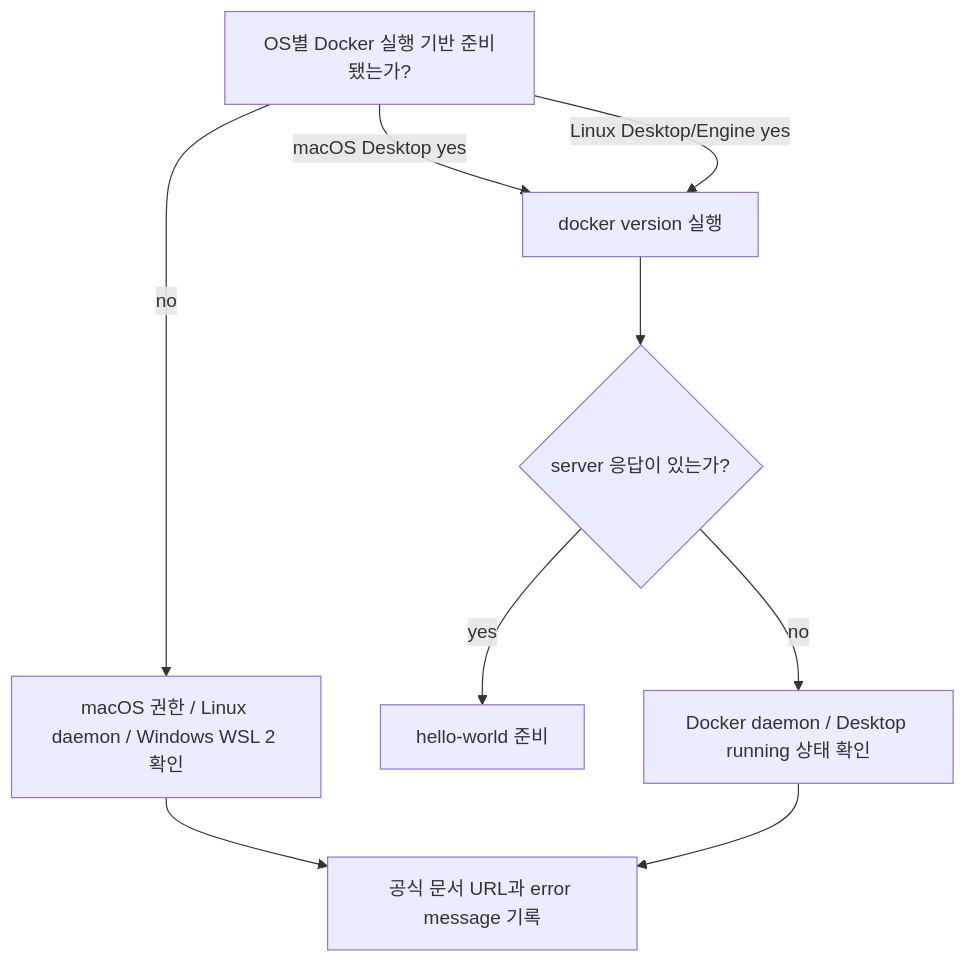
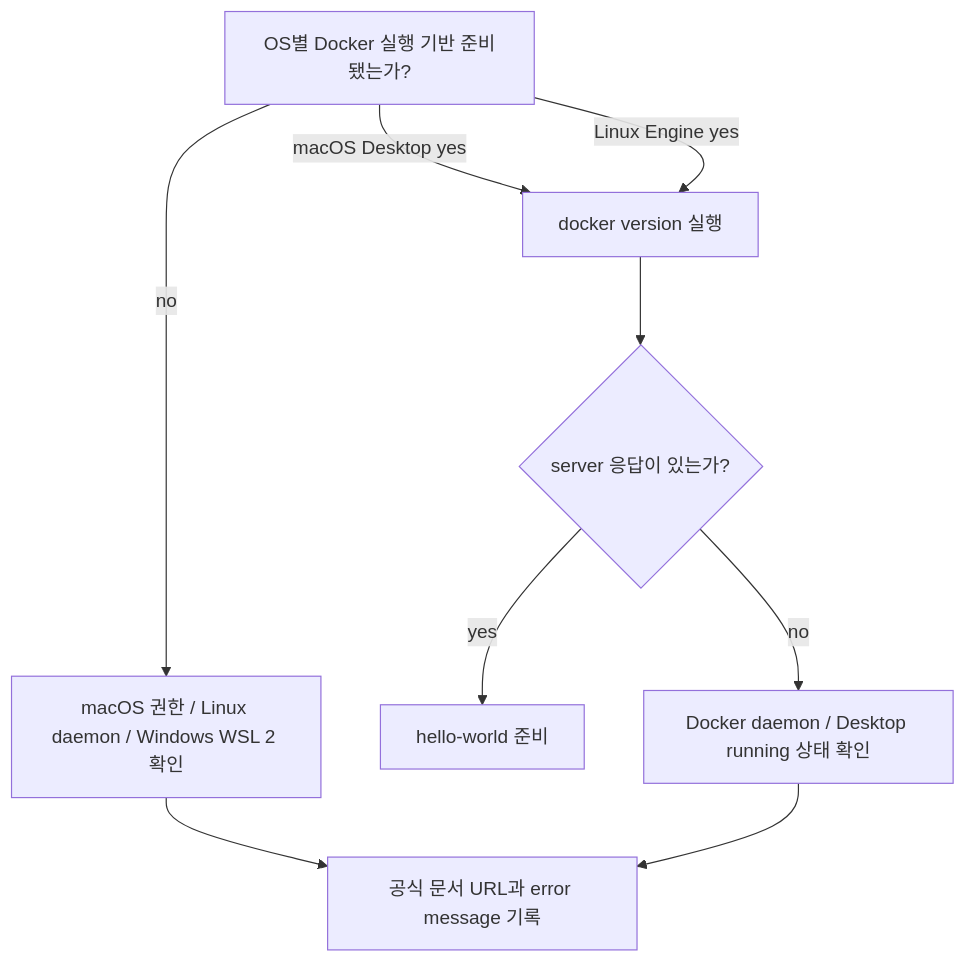
Before and after one commit to HwantaLee/w3d3-github-actions-dockerhub: the diagram in week2/day1/lesson-02.md, drawn with Mermaid. The commit also changed other lines of this file and 15 other files, not shown here.

Commit message:
Set Linux Docker path to Engine

````diff
--- a/week2/day1/lesson-02.md
+++ b/week2/day1/lesson-02.md
@@ -57,11 +58,11 @@
 ```mermaid
 flowchart TD
     A["OS별 Docker 실행 기반 준비됐는가?"] -->|macOS Desktop yes| B["docker version 실행"]
-    A -->|Linux Desktop/Engine yes| B
+    A -->|Linux Engine yes| B
     A -->|no| C["macOS 권한 / Linux daemon / Windows WSL 2 확인"]
     B --> D{"server 응답이 있는가?"}
     D -->|yes| E["hello-world 준비"]
     D -->|no| F["Docker daemon / Desktop running 상태 확인"]
     C --> G["공식 문서 URL과 error message 기록"]
     F --> G
 ```
````
